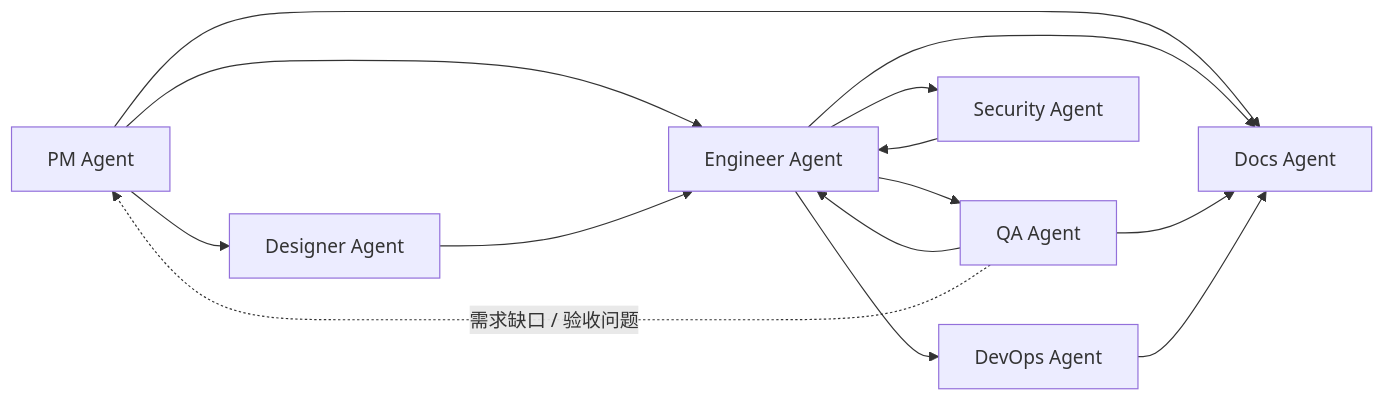
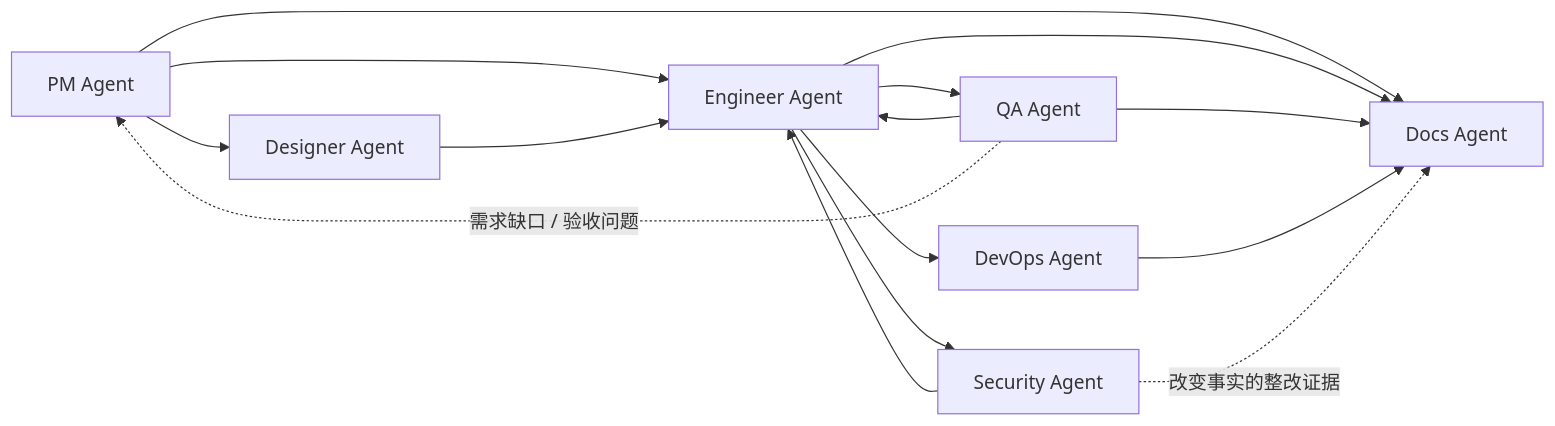
One commit to Neplich/dev-agent-skills changed the diagram in README_zh.md. Above: the diagram before and after it, drawn with Mermaid. The commit also changed 7 other files, not shown here.

````diff
--- a/README_zh.md
+++ b/README_zh.md
@@ -99,16 +99,17 @@
 ```mermaid
 flowchart LR
     PM["PM Agent"] --> Designer["Designer Agent"]
     PM --> Engineer["Engineer Agent"]
     Designer --> Engineer
     Engineer --> QA["QA Agent"]
     QA --> Engineer
     QA -. "需求缺口 / 验收问题" .-> PM
     Engineer --> DevOps["DevOps Agent"]
     Engineer --> Security["Security Agent"]
     Security --> Engineer
     PM --> Docs["Docs Agent"]
     Engineer --> Docs
     QA --> Docs
     DevOps --> Docs
+    Security -. "改变事实的整改证据" .-> Docs
 ```
````
